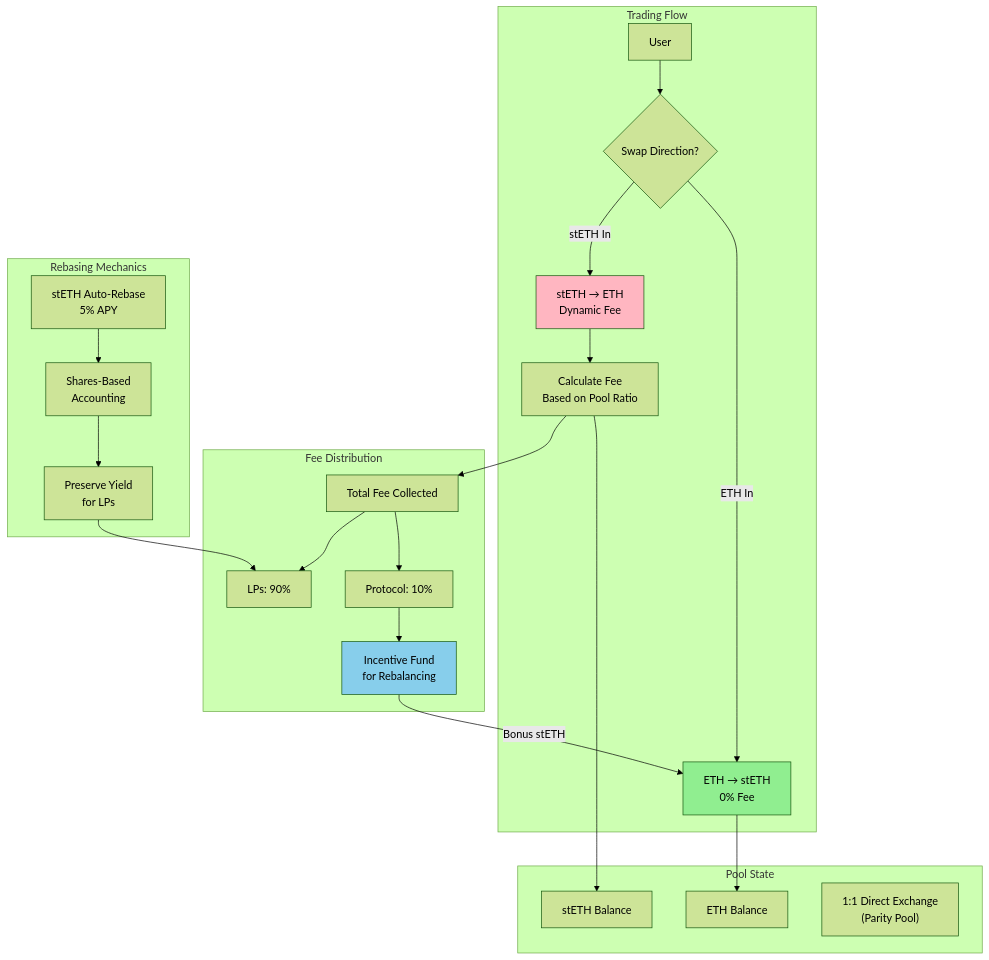
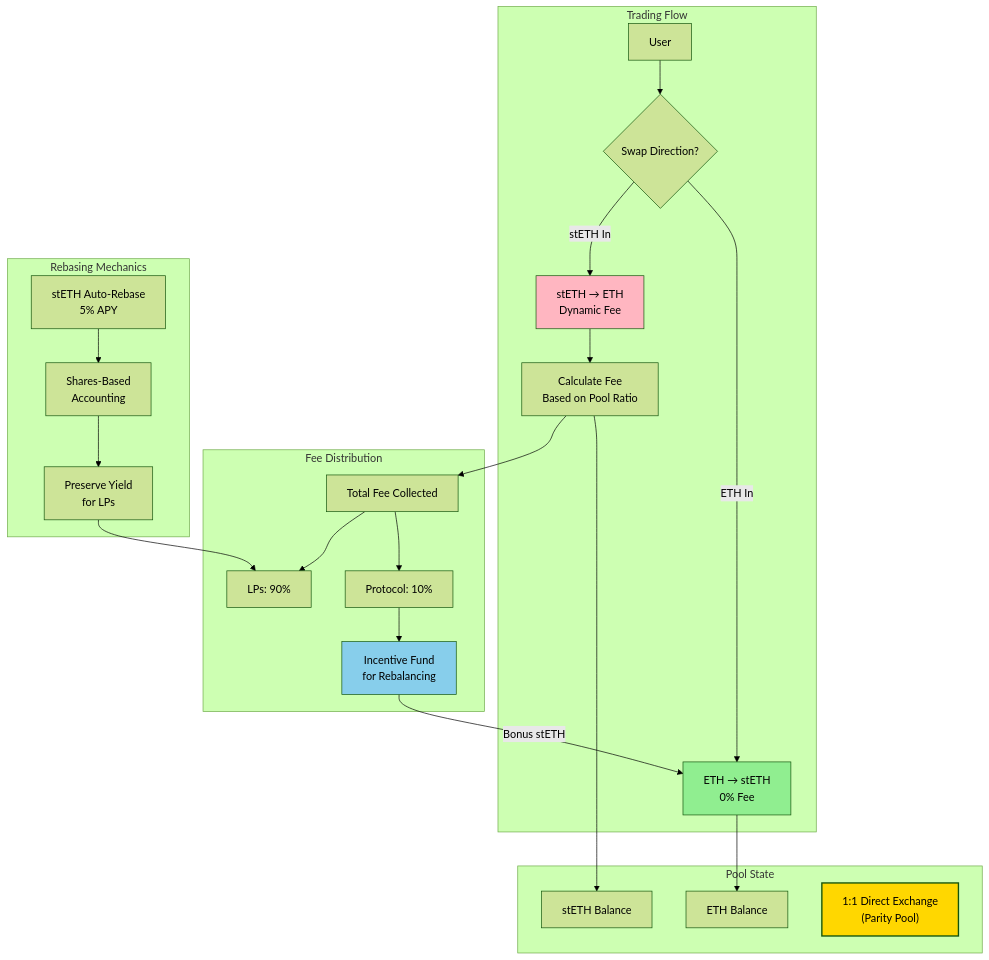
Before and after one commit to mcmoodoo/stETHer: the first of 3 diagrams in README.md, drawn with Mermaid (forest theme). The commit also changed other lines of this file, not shown here.

````diff
--- a/README.md
+++ b/README.md
@@ -9,49 +9,51 @@
 ```mermaid
 graph TB
     subgraph "Pool State"
         ETH[ETH Balance]
         STETH[stETH Balance]
         EXCHANGE["1:1 Direct Exchange<br/>(Parity Pool)"]
     end
 
     subgraph "Trading Flow"
         USER[User]
         SWAP{Swap Direction?}
         ETHSTETH[ETH → stETH<br/>0% Fee]
         STETHETH[stETH → ETH<br/>Dynamic Fee]
         FEE_CALC[Calculate Fee<br/>Based on Pool Ratio]
     end
 
     subgraph "Fee Distribution"
         TOTAL_FEE[Total Fee Collected]
         PROTOCOL[Protocol: 10%]
         LPS[LPs: 90%]
         INCENTIVE[Incentive Fund<br/>for Rebalancing]
     end
 
     subgraph "Rebasing Mechanics"
         STETH_REBASE[stETH Auto-Rebase<br/>5% APY]
         SHARES[Shares-Based<br/>Accounting]
         YIELD[Preserve Yield<br/>for LPs]
     end
 
     USER --> SWAP
     SWAP -->|ETH In| ETHSTETH
     SWAP -->|stETH In| STETHETH
     ETHSTETH --> ETH
     STETHETH --> FEE_CALC
     FEE_CALC --> STETH
     FEE_CALC --> TOTAL_FEE
     TOTAL_FEE --> PROTOCOL
     TOTAL_FEE --> LPS
     PROTOCOL --> INCENTIVE
     INCENTIVE -->|Bonus stETH| ETHSTETH
 
     STETH_REBASE --> SHARES
     SHARES --> YIELD
     YIELD --> LPS
 
-    style ETHSTETH fill:#90EE90
-    style STETHETH fill:#FFB6C1
-    style INCENTIVE fill:#87CEEB
+    %% Clean color scheme with readable text
+    style ETHSTETH fill:#90EE90,color:#000
+    style STETHETH fill:#FFB6C1,color:#000
+    style EXCHANGE fill:#FFD700,color:#000,stroke-width:2px
+    style INCENTIVE fill:#87CEEB,color:#000
 ```
````
